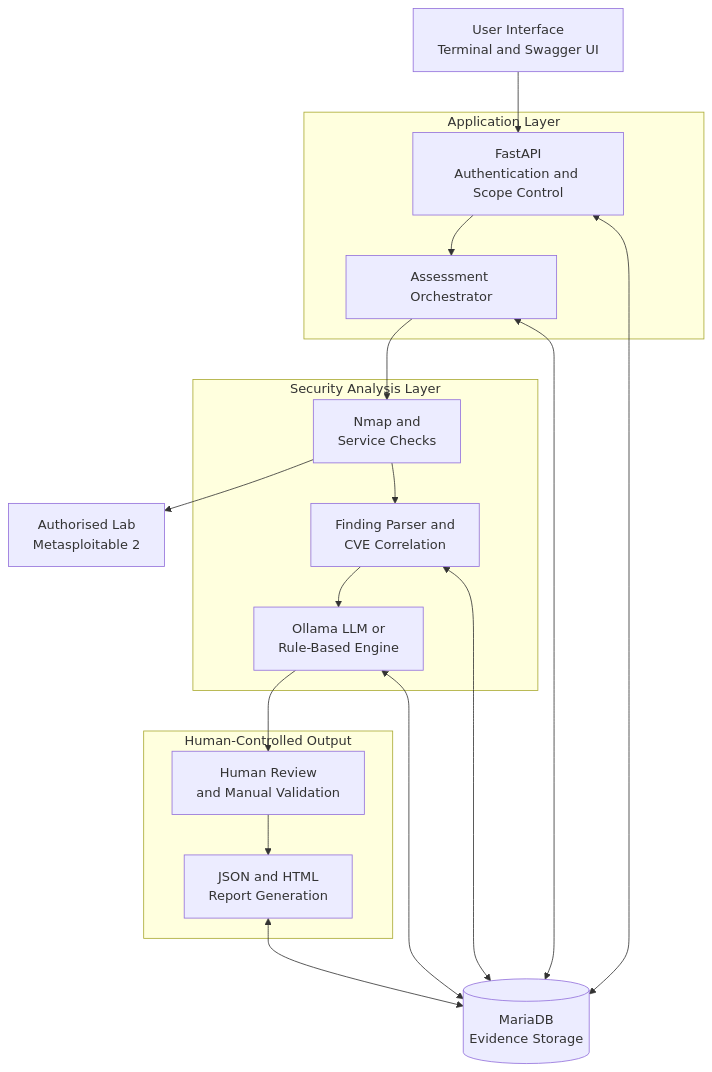
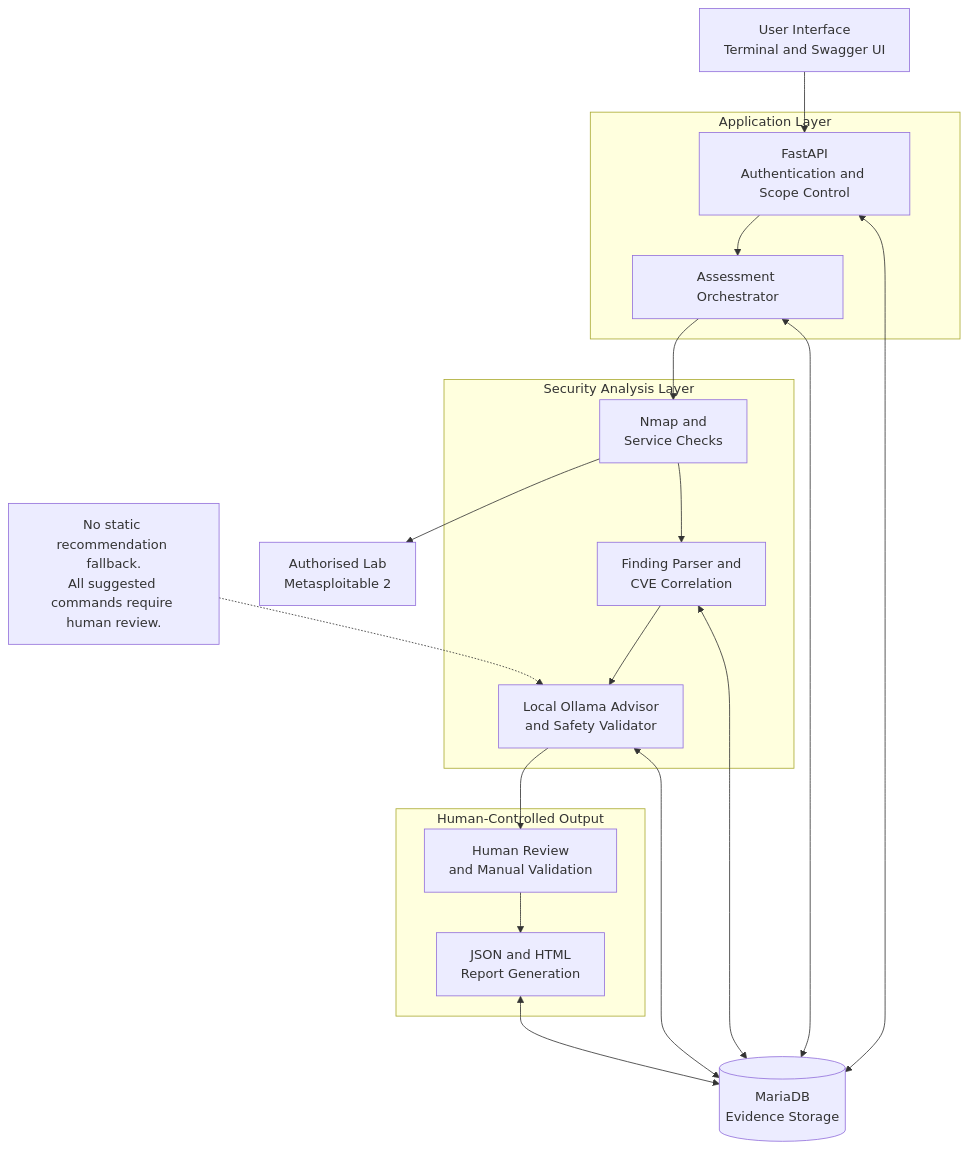
Before and after one commit to ChiragMenariyaCJ/AI-Powered-Penetration-Testing-Assist-System: the diagram in System Architecture Flow Charts/01_Architecture/System_Architecture_Overview.mmd, drawn with Mermaid. The commit also changed 4 other files, not shown here.

Commit message:
Refactor system architecture diagrams for improved clarity and detail; update recommendation logic and reporting processes

```diff
--- a/System Architecture Flow Charts/01_Architecture/System_Architecture_Overview.mmd
+++ b/System Architecture Flow Charts/01_Architecture/System_Architecture_Overview.mmd
@@ -1,36 +1,39 @@
 flowchart TB
     U["User Interface<br/>Terminal and Swagger UI"]
 
     subgraph API["Application Layer"]
         A["FastAPI<br/>Authentication and Scope Control"]
         B["Assessment Orchestrator"]
     end
 
     subgraph ANALYSIS["Security Analysis Layer"]
         C["Nmap and<br/>Service Checks"]
         D["Finding Parser and<br/>CVE Correlation"]
-        E["Ollama LLM or<br/>Rule-Based Engine"]
+        E["Local Ollama Advisor<br/>and Safety Validator"]
     end
 
     subgraph CONTROL["Human-Controlled Output"]
         F["Human Review<br/>and Manual Validation"]
         G["JSON and HTML<br/>Report Generation"]
     end
 
     DB[("MariaDB<br/>Evidence Storage")]
     LAB["Authorised Lab<br/>Metasploitable 2"]
 
     U --> A
     A --> B
     B --> C
     C --> LAB
     C --> D
     D --> E
     E --> F
     F --> G
 
     A <--> DB
     B <--> DB
     D <--> DB
     E <--> DB
     G <--> DB
+
+    NOTE[No static recommendation fallback.<br/>All suggested commands require human review.]
+    NOTE -.-> E
```
